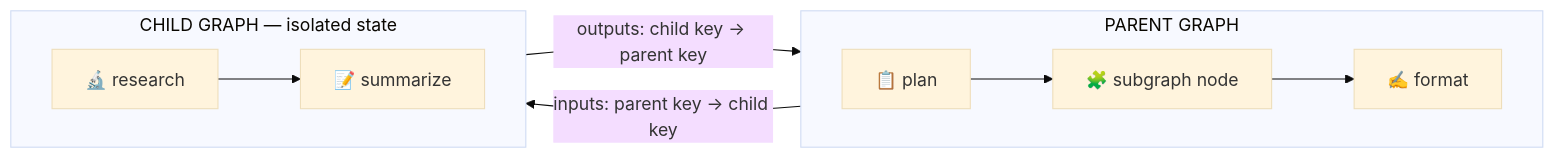
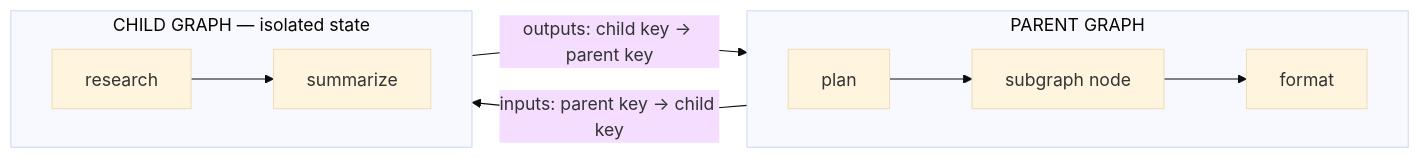
One commit to wmcmahan/cycgraph changed the diagram in apps/docs/src/content/docs/docs/patterns/subgraph.md. Above: the diagram before and after it, drawn with Mermaid (base theme). The commit also changed 17 other files, not shown here.

````diff
--- a/apps/docs/src/content/docs/docs/patterns/subgraph.md
+++ b/apps/docs/src/content/docs/docs/patterns/subgraph.md
@@ -12,16 +12,16 @@
 ```mermaid
 flowchart LR
     subgraph P["PARENT GRAPH"]
         direction LR
-        Plan["📋 plan"] --> Call["🧩 subgraph node"]
-        Call --> Format["✍️ format"]
+        Plan["plan"] --> Call["subgraph node"]
+        Call --> Format["format"]
     end
 
     subgraph C["CHILD GRAPH — isolated state"]
         direction LR
-        Research["🔬 research"] --> Summarize["📝 summarize"]
+        Research["research"] --> Summarize["summarize"]
     end
 
     Call -- "inputs: parent key → child key" --> C
     C -- "outputs: child key → parent key" --> Call
 ```
````
